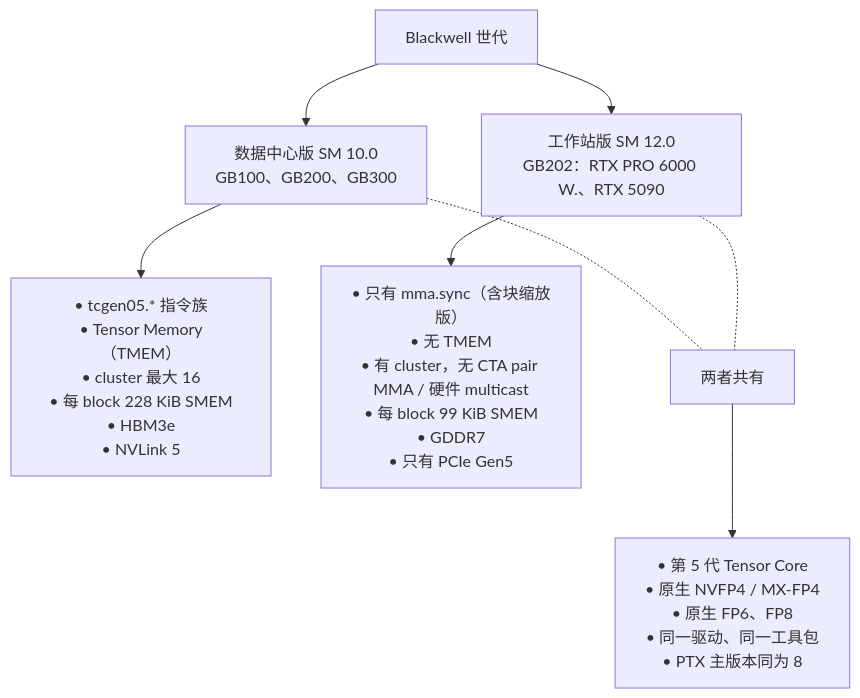
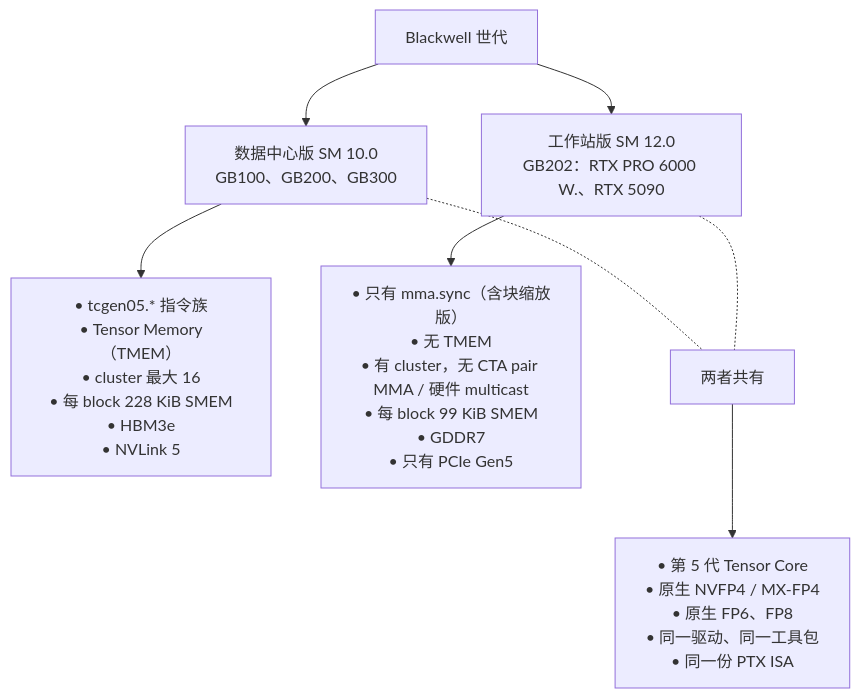
The diagram in docs/blackwell/index.md (dawnop/blackwell-gpu-wiki-zh), drawn with Mermaid before and after one commit. The commit also changed 83 other files, not shown here.

````diff
--- a/docs/blackwell/index.md
+++ b/docs/blackwell/index.md
@@ -20,16 +20,16 @@
 ```mermaid
 graph TD
     Blackwell["Blackwell 世代"]
     Blackwell --> DC["数据中心版 SM 10.0<br/>GB100、GB200、GB300"]
     Blackwell --> WS["工作站版 SM 12.0<br/>GB202：RTX PRO 6000 W.、RTX 5090"]
 
     DC --> DC_features["• tcgen05.* 指令族<br/>• Tensor Memory（TMEM）<br/>• cluster 最大 16<br/>• 每 block 228 KiB SMEM<br/>• HBM3e<br/>• NVLink 5"]
 
     WS --> WS_features["• 只有 mma.sync（含块缩放版）<br/>• 无 TMEM<br/>• 有 cluster，无 CTA pair MMA / 硬件 multicast<br/>• 每 block 99 KiB SMEM<br/>• GDDR7<br/>• 只有 PCIe Gen5"]
 
     Both["两者共有"]
-    Both --> Both_features["• 第 5 代 Tensor Core<br/>• 原生 NVFP4 / MX-FP4<br/>• 原生 FP6、FP8<br/>• 同一驱动、同一工具包<br/>• PTX 主版本同为 8"]
+    Both --> Both_features["• 第 5 代 Tensor Core<br/>• 原生 NVFP4 / MX-FP4<br/>• 原生 FP6、FP8<br/>• 同一驱动、同一工具包<br/>• 同一份 PTX ISA"]
 
     DC -.- Both
     WS -.- Both
 ```
````
